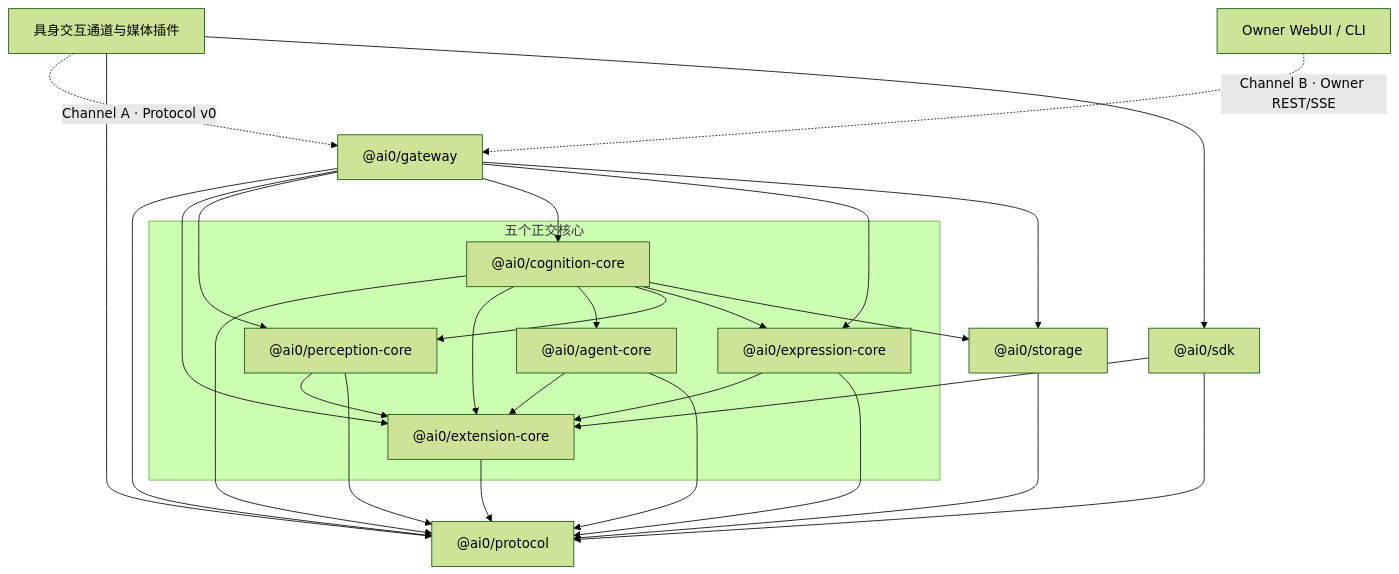
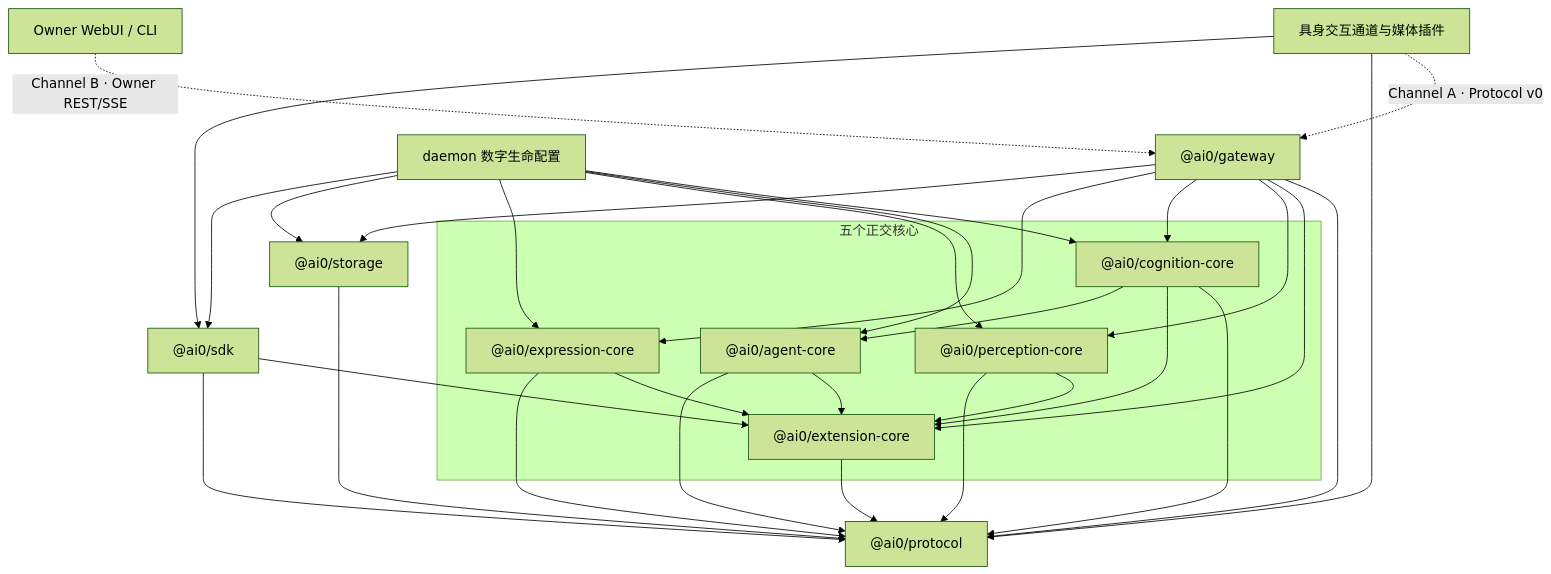
The diagram in docs/architecture/01-system-overview-and-monorepo.md (reina0721/ai0), drawn with Mermaid (forest theme) before and after one commit. The commit also changed other lines of this file and 174 other files, not shown here.

````diff
--- a/docs/architecture/01-system-overview-and-monorepo.md
+++ b/docs/architecture/01-system-overview-and-monorepo.md
@@ -9,25 +9,26 @@
 ```mermaid
 flowchart TB
     InteractionChannel["具身交互通道与媒体插件"]
     Admin["Owner WebUI / CLI"]
     Gateway["@ai0/gateway"]
     Protocol["@ai0/protocol"]
     Storage["@ai0/storage"]
     SDK["@ai0/sdk"]
     subgraph Cores["五个正交核心"]
         Extension["@ai0/extension-core"]
         Agent["@ai0/agent-core"]
         Perception["@ai0/perception-core"]
         Cognition["@ai0/cognition-core"]
         Expression["@ai0/expression-core"]
     end
     InteractionChannel -.->|"Channel A · Protocol v0"| Gateway
     Admin -.->|"Channel B · Owner REST/SSE"| Gateway
     InteractionChannel --> Protocol & SDK
     SDK --> Protocol & Extension
     Extension --> Protocol
     Agent & Perception & Expression --> Extension
     Gateway --> Protocol & Extension & Perception & Cognition & Expression & Storage
-    Cognition --> Protocol & Extension & Agent & Perception & Expression & Storage
+    Cognition --> Protocol & Extension & Agent
+    Profile["daemon 数字生命配置"] --> Cognition & Agent & Perception & Expression & Storage & SDK
     Agent & Perception & Expression & Storage --> Protocol
 ```
````
